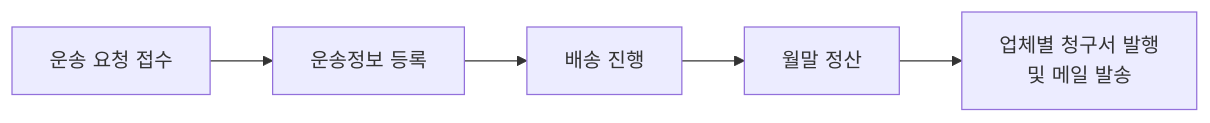
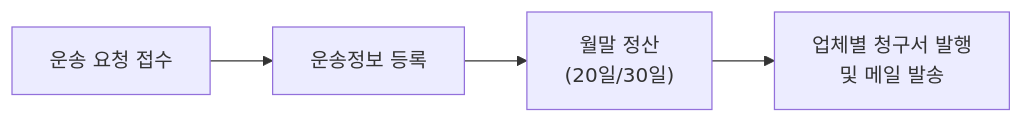
The diagram in README.md (OhGwonSik/jeilsa-back), drawn with Mermaid before and after one commit. The commit also changed other lines of this file, not shown here.

````diff
--- a/README.md
+++ b/README.md
@@ -27,4 +27,4 @@
 ```mermaid
 flowchart LR
-    A[운송 요청 접수] --> B[운송정보 등록] --> C[배송 진행] --> D[월말 정산] --> E[업체별 청구서 발행<br/>및 메일 발송]
+    A[운송 요청 접수] --> B[운송정보 등록] --> C["월말 정산<br/>(20일/30일)"] --> D[업체별 청구서 발행<br/>및 메일 발송]
 ```
````
